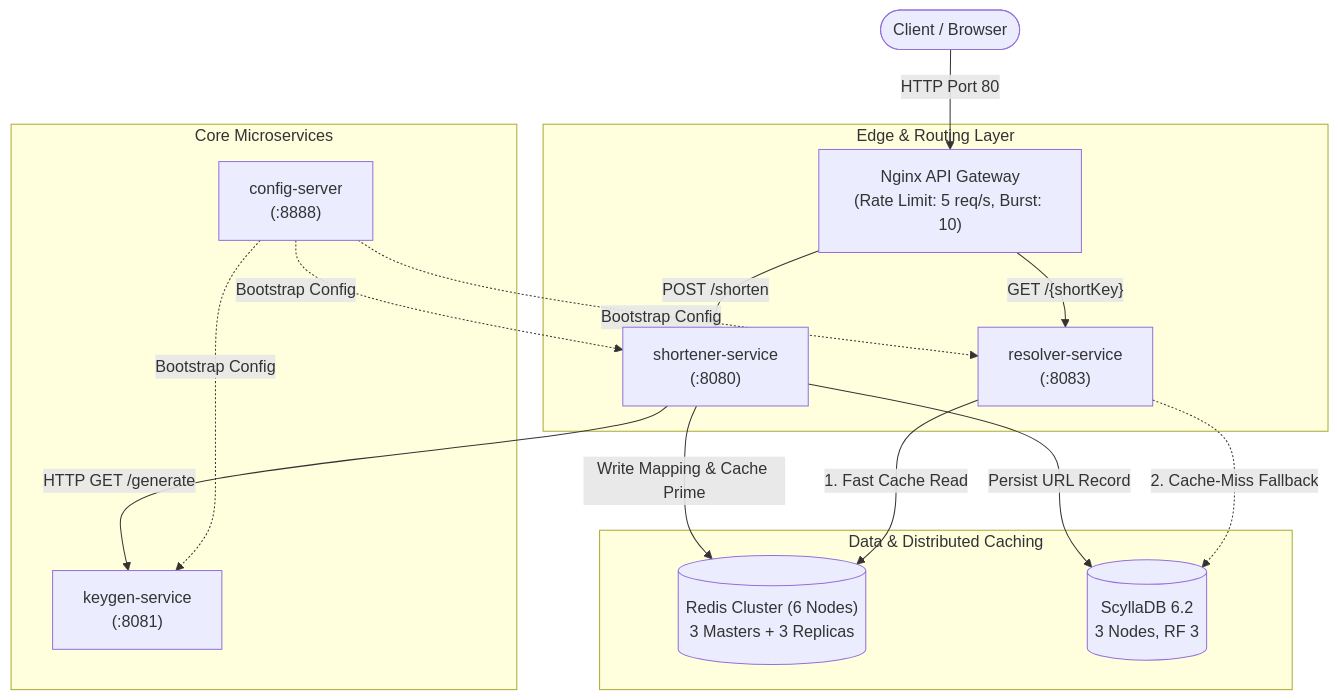
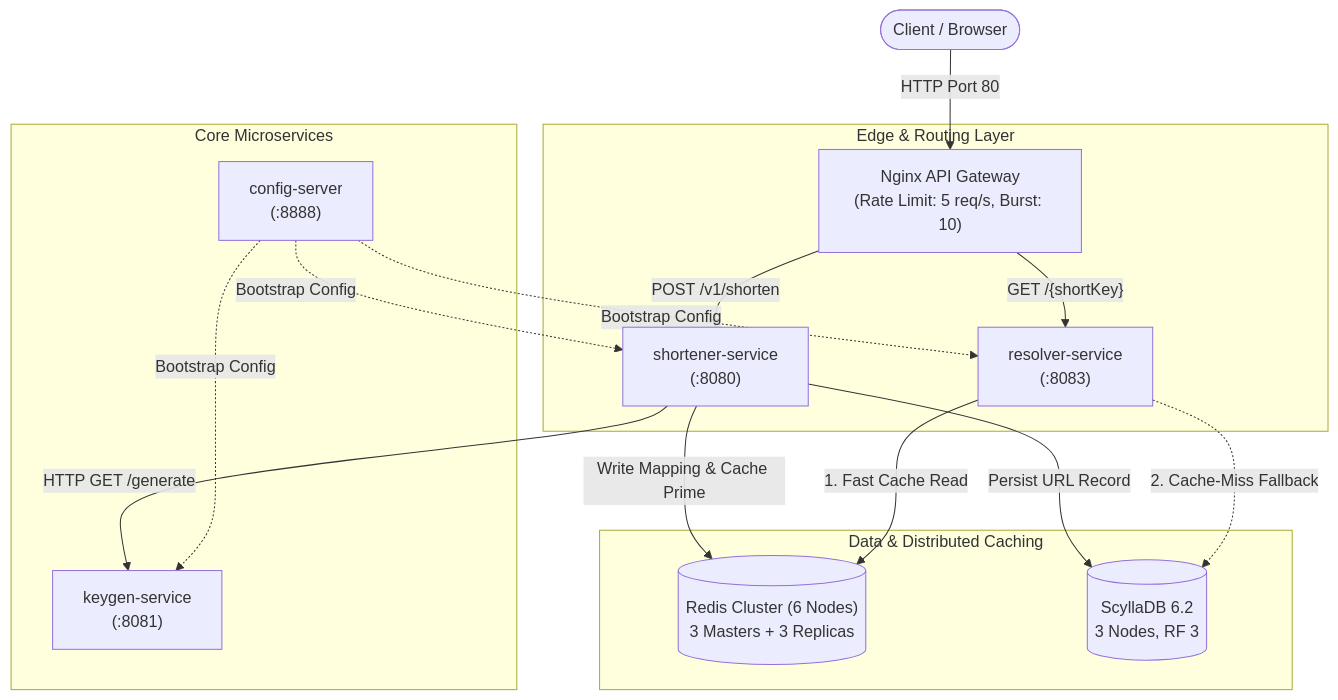
One commit to pcaokhai/Hopr changed the first of 2 diagrams in README.md. Above: the diagram before and after it, drawn with Mermaid. The commit also changed other lines of this file and 54 other files, not shown here.

First line of the commit message:
feat(shortener-service): scope links to per-key owners and version the API under /v1 (#29)

````diff
--- a/README.md
+++ b/README.md
@@ -65,23 +65,23 @@
 ```mermaid
 flowchart TD
     Client(["Client / Browser"]) -->|HTTP Port 80| Gateway["Nginx API Gateway\n(Rate Limit: 5 req/s, Burst: 10)"]
 
     subgraph "Edge & Routing Layer"
-        Gateway -->|POST /shorten| Shortener["shortener-service\n(:8080)"]
+        Gateway -->|POST /v1/shorten| Shortener["shortener-service\n(:8080)"]
         Gateway -->|"GET /{shortKey}"| Resolver["resolver-service\n(:8083)"]
     end
 
     subgraph "Core Microservices"
         Shortener -->|HTTP GET /generate| KeyGen["keygen-service\n(:8081)"]
         ConfigServer["config-server\n(:8888)"] -.->|Bootstrap Config| Shortener
         ConfigServer -.->|Bootstrap Config| Resolver
         ConfigServer -.->|Bootstrap Config| KeyGen
     end
 
     subgraph "Data & Distributed Caching"
         Shortener -->|Write Mapping & Cache Prime| RedisCluster[("Redis Cluster (6 Nodes)\n3 Masters + 3 Replicas")]
         Shortener -->|Persist URL Record| Scylla[("ScyllaDB 6.2\n3 Nodes, RF 3")]
         Resolver -->|1. Fast Cache Read| RedisCluster
         Resolver -.->|2. Cache-Miss Fallback| Scylla
     end
 ```
````
